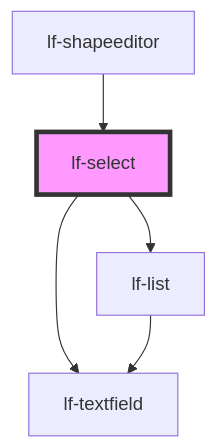
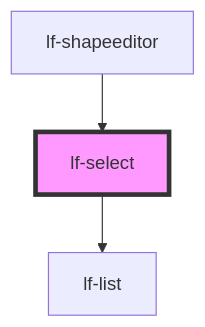
The diagram in packages/core/src/components/lf-select/readme.md (lucafoscili/lf-widgets), drawn with Mermaid before and after one commit. The commit also changed other lines of this file and 96 other files, not shown here.

````diff
--- a/packages/core/src/components/lf-select/readme.md
+++ b/packages/core/src/components/lf-select/readme.md
@@ -148,8 +147,6 @@
 ```mermaid
 graph TD;
   lf-select --> lf-list
-  lf-select --> lf-textfield
-  lf-list --> lf-textfield
   lf-shapeeditor --> lf-select
   style lf-select fill:#f9f,stroke:#333,stroke-width:4px
 ```
````
